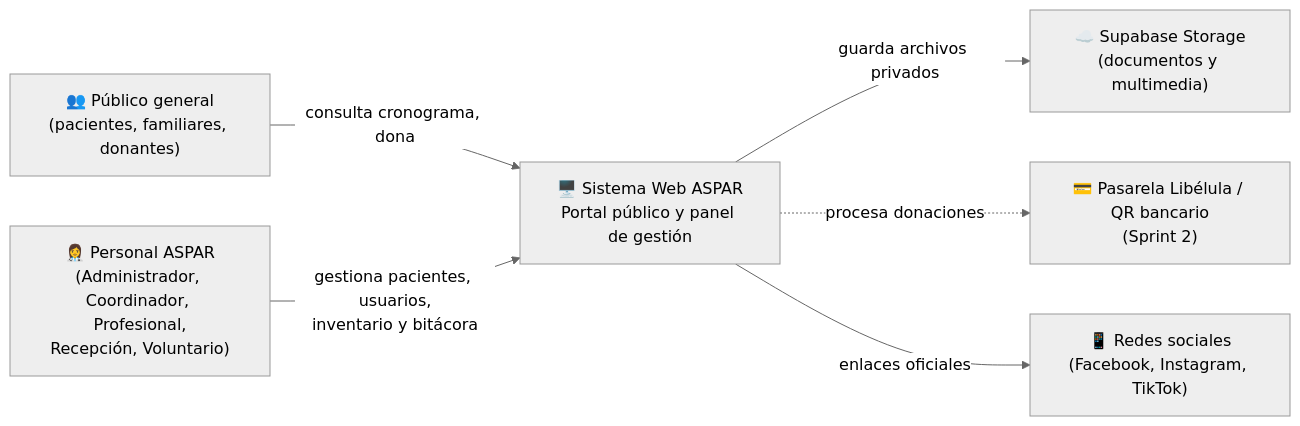
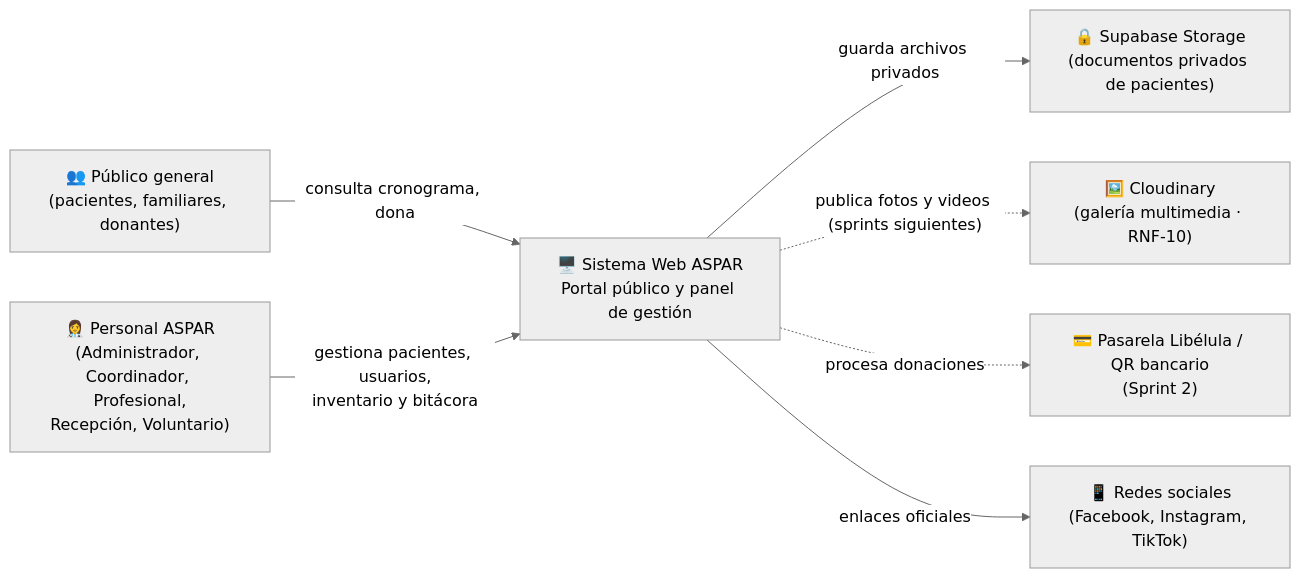
Before and after one commit to Joserppz/soluna-solutions: the first of 4 diagrams in docs/arquitectura/C4_Y_MODELO_ER_ACTUALIZADO.md, drawn with Mermaid (neutral theme). The commit also changed other lines of this file and 2 other files, not shown here.

First line of the commit message:
docs(SCRUM-64/SCRUM-106): separar el almacenamiento de documentos y de multimedia en el C4

````diff
--- a/docs/arquitectura/C4_Y_MODELO_ER_ACTUALIZADO.md
+++ b/docs/arquitectura/C4_Y_MODELO_ER_ACTUALIZADO.md
@@ -16,15 +16,17 @@
 ```mermaid
 flowchart LR
     publico["👥 Público general<br/>(pacientes, familiares, donantes)"]
     personal["👩‍⚕️ Personal ASPAR<br/>(Administrador, Coordinador, Profesional,<br/>Recepción, Voluntario)"]
     sistema["🖥️ Sistema Web ASPAR<br/>Portal público y panel de gestión"]
-    storage["☁️ Supabase Storage<br/>(documentos y multimedia)"]
+    storage["🔒 Supabase Storage<br/>(documentos privados de pacientes)"]
+    cloudinary["🖼️ Cloudinary<br/>(galería multimedia · RNF-10)"]
     pagos["💳 Pasarela Libélula / QR bancario<br/>(Sprint 2)"]
     redes["📱 Redes sociales<br/>(Facebook, Instagram, TikTok)"]
 
     publico -- "consulta cronograma, dona" --> sistema
     personal -- "gestiona pacientes, usuarios,<br/>inventario y bitácora" --> sistema
     sistema -- "guarda archivos privados" --> storage
+    sistema -. "publica fotos y videos (sprints siguientes)" .-> cloudinary
     sistema -. "procesa donaciones" .-> pagos
     sistema -- "enlaces oficiales" --> redes
 ```
````
